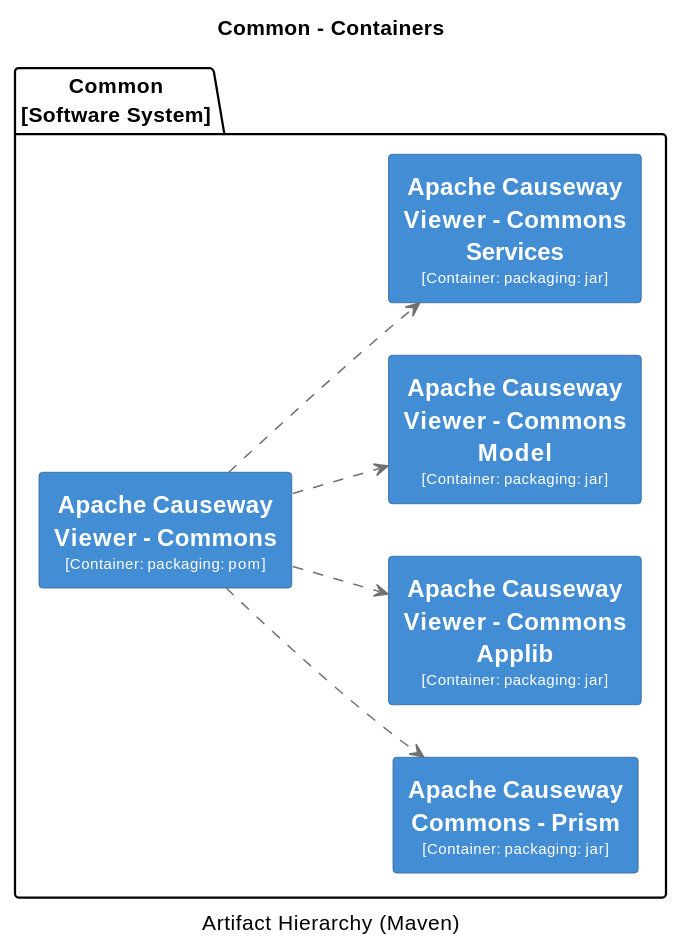
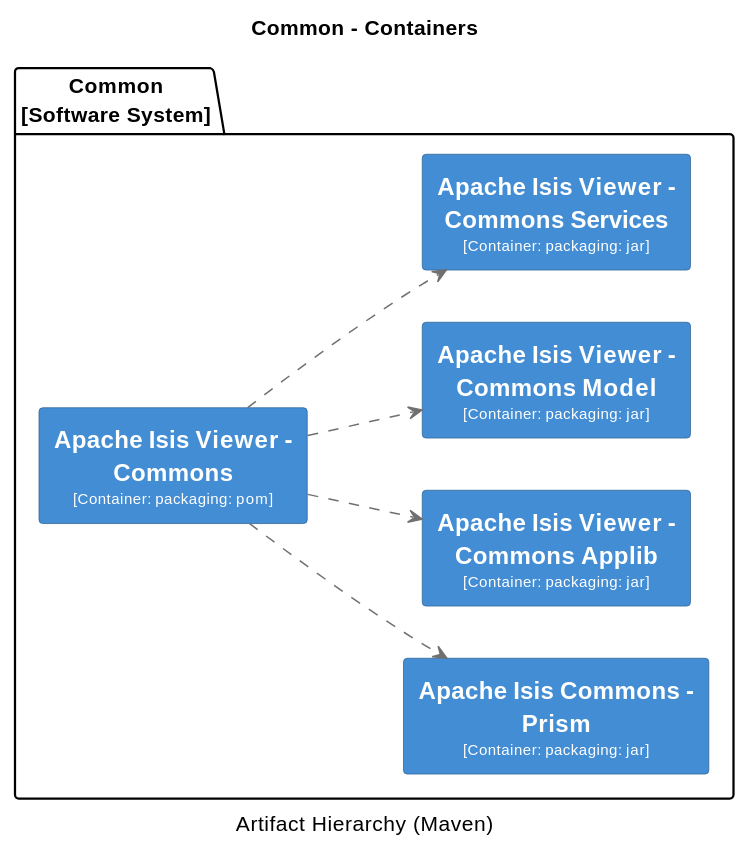
One commit to Supermajestcd/XMP--toolkits changed diagram 15 of 32 in core/adoc/modules/_overview/pages/about.adoc. Above: the diagram before and after it, drawn with PlantUML. The commit also changed other lines of this file and 13571 other files, not shown here.

```diff
--- a/core/adoc/modules/_overview/pages/about.adoc
+++ b/core/adoc/modules/_overview/pages/about.adoc
@@ -2486,53 +2674,53 @@
 [plantuml,Common,svg]
 ----
 @startuml(id=Common)
 title Common - Containers
 caption Artifact Hierarchy (Maven)
 
 skinparam {
   shadowing false
   arrowFontSize 10
   defaultTextAlignment center
   wrapWidth 200
   maxMessageSize 100
 }
 hide stereotype
 left to right direction
 skinparam rectangle<<2>> {
   BackgroundColor #438dd5
   FontColor #fffffe
   BorderColor #2E6295
 }
 skinparam rectangle<<3>> {
   BackgroundColor #438dd5
   FontColor #fffffe
   BorderColor #2E6295
 }
 skinparam rectangle<<4>> {
   BackgroundColor #438dd5
   FontColor #fffffe
   BorderColor #2E6295
 }
 skinparam rectangle<<5>> {
   BackgroundColor #438dd5
   FontColor #fffffe
   BorderColor #2E6295
 }
 skinparam rectangle<<6>> {
   BackgroundColor #438dd5
   FontColor #fffffe
   BorderColor #2E6295
 }
 package "Common\n[Software System]" {
-  rectangle "==Apache Causeway Commons - Prism\n<size:10>[Container: packaging: jar]</size>" <<5>> as 5
-  rectangle "==Apache Causeway Viewer - Commons\n<size:10>[Container: packaging: pom]</size>" <<2>> as 2
-  rectangle "==Apache Causeway Viewer - Commons Applib\n<size:10>[Container: packaging: jar]</size>" <<3>> as 3
-  rectangle "==Apache Causeway Viewer - Commons Model\n<size:10>[Container: packaging: jar]</size>" <<4>> as 4
-  rectangle "==Apache Causeway Viewer - Commons Services\n<size:10>[Container: packaging: jar]</size>" <<6>> as 6
+  rectangle "==Apache Isis Commons - Prism\n<size:10>[Container: packaging: jar]</size>" <<5>> as 5
+  rectangle "==Apache Isis Viewer - Commons\n<size:10>[Container: packaging: pom]</size>" <<2>> as 2
+  rectangle "==Apache Isis Viewer - Commons Applib\n<size:10>[Container: packaging: jar]</size>" <<3>> as 3
+  rectangle "==Apache Isis Viewer - Commons Model\n<size:10>[Container: packaging: jar]</size>" <<4>> as 4
+  rectangle "==Apache Isis Viewer - Commons Services\n<size:10>[Container: packaging: jar]</size>" <<6>> as 6
 }
 2 .[#707070].> 5 : ""
 2 .[#707070].> 3 : ""
 2 .[#707070].> 4 : ""
 2 .[#707070].> 6 : ""
 @enduml
 ----
```
